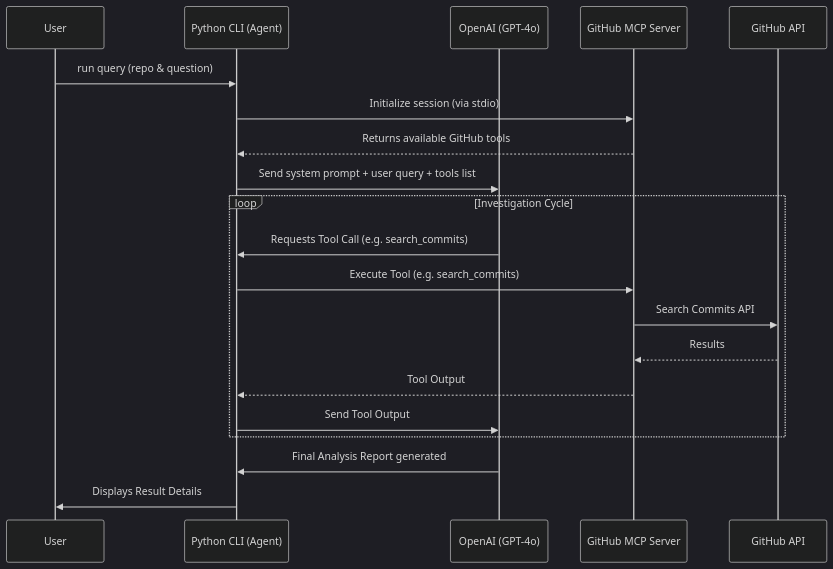
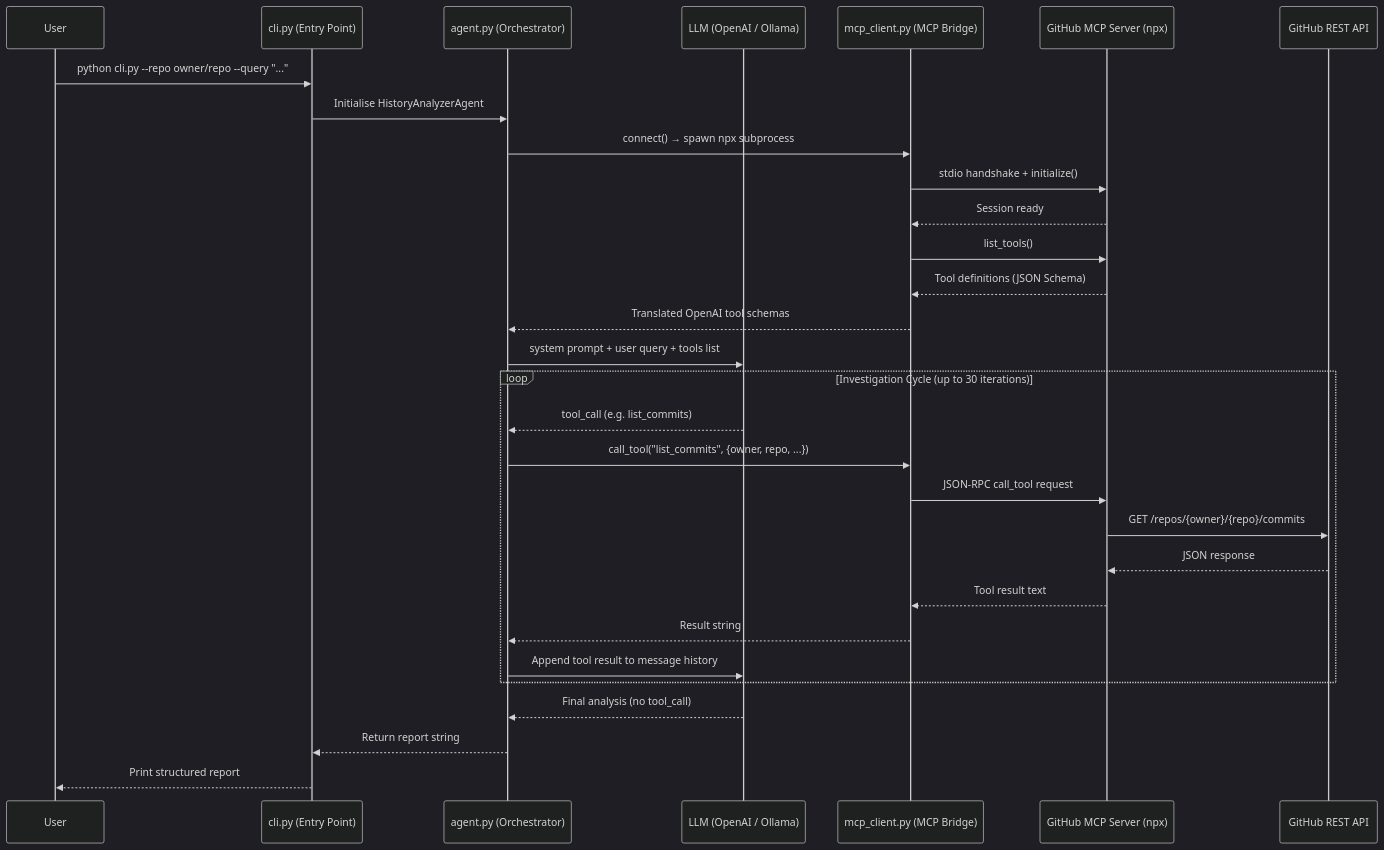
The diagram in README.md (SAMI-CODEAI/Commit-History-Analyzer-Agent), drawn with Mermaid (dark theme) before and after one commit. The commit also changed other lines of this file, not shown here.

````diff
--- a/README.md
+++ b/README.md
@@ -17,25 +149,36 @@
 ```mermaid
 sequenceDiagram
     participant User
-    participant CLI as Python CLI (Agent)
-    participant LLM as OpenAI (GPT-4o)
-    participant MCP as GitHub MCP Server
-    participant GitHub as GitHub API
+    participant CLI as cli.py (Entry Point)
+    participant Agent as agent.py (Orchestrator)
+    participant LLM as LLM (OpenAI / Ollama)
+    participant MCP as mcp_client.py (MCP Bridge)
+    participant GH_MCP as GitHub MCP Server (npx)
+    participant GitHub as GitHub REST API
 
-    User->>CLI: run query (repo & question)
-    CLI->>MCP: Initialize session (via stdio)
-    MCP-->>CLI: Returns available GitHub tools
-    CLI->>LLM: Send system prompt + user query + tools list
+    User->>CLI: python cli.py --repo owner/repo --query "..."
+    CLI->>Agent: Initialise HistoryAnalyzerAgent
+    Agent->>MCP: connect() → spawn npx subprocess
+    MCP->>GH_MCP: stdio handshake + initialize()
+    GH_MCP-->>MCP: Session ready
+    MCP->>GH_MCP: list_tools()
+    GH_MCP-->>MCP: Tool definitions (JSON Schema)
+    MCP-->>Agent: Translated OpenAI tool schemas
+
+    Agent->>LLM: system prompt + user query + tools list
     
-    loop Investigation Cycle
-        LLM->>CLI: Requests Tool Call (e.g. search_commits)
-        CLI->>MCP: Execute Tool (e.g. search_commits)
-        MCP->>GitHub: Search Commits API
-        GitHub-->>MCP: Results
-        MCP-->>CLI: Tool Output
-        CLI->>LLM: Send Tool Output
+    loop Investigation Cycle (up to 30 iterations)
+        LLM-->>Agent: tool_call (e.g. list_commits)
+        Agent->>MCP: call_tool("list_commits", {owner, repo, ...})
+        MCP->>GH_MCP: JSON-RPC call_tool request
+        GH_MCP->>GitHub: GET /repos/{owner}/{repo}/commits
+        GitHub-->>GH_MCP: JSON response
+        GH_MCP-->>MCP: Tool result text
+        MCP-->>Agent: Result string
+        Agent->>LLM: Append tool result to message history
     end
-    
-    LLM->>CLI: Final Analysis Report generated
-    CLI->>User: Displays Result Details
+
+    LLM-->>Agent: Final analysis (no tool_call)
+    Agent-->>CLI: Return report string
+    CLI-->>User: Print structured report
 ```
````
